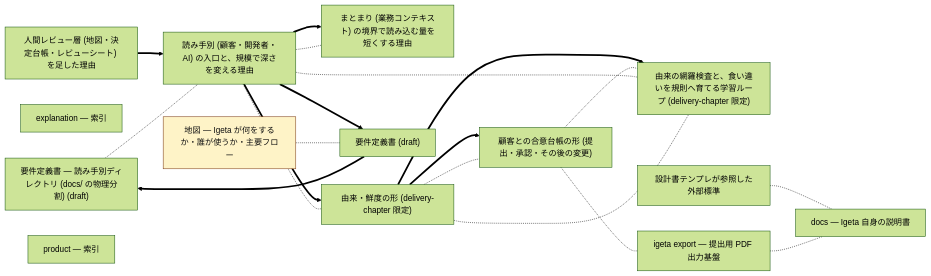
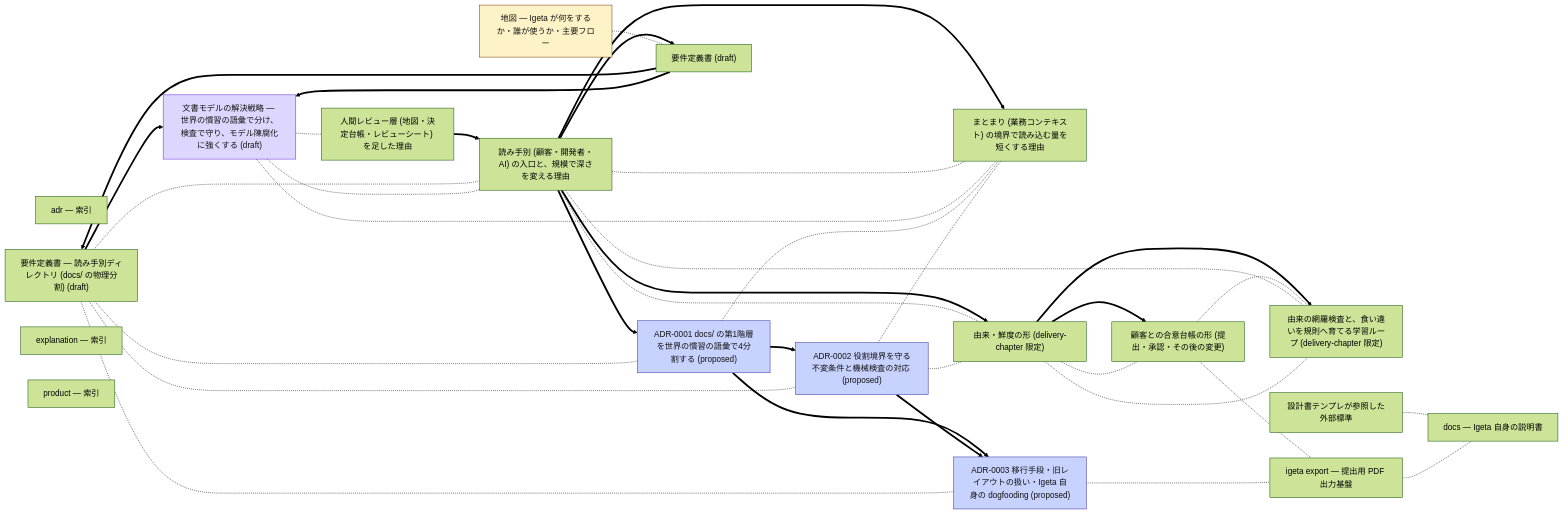
The diagram in docs/dependencies.md (SakakitaniJunya/Igeta), drawn with Mermaid (forest theme) before and after one commit. The commit also changed other lines of this file and 9 other files, not shown here.

````diff
--- a/docs/dependencies.md
+++ b/docs/dependencies.md
@@ -22,6 +22,8 @@
   classDef design fill:#ddd6fe,stroke:#6d28d9,color:#111
   classDef map fill:#fef3c7,stroke:#78350f,color:#111
   classDef decision_log fill:#fee2e2,stroke:#7f1d1d,color:#111
+  adr-index["adr — 索引"]
+  class adr-index index
   agreement-ledger["顧客との合意台帳の形 (提出・承認・その後の変更)"]
   class agreement-ledger explanation
   audience-directories["要件定義書 — 読み手別ディレクトリ (docs/ の物理分割) (draft)"]
@@ -36,6 +38,12 @@
   class design-doc-standards explanation
   docs-index["docs — Igeta 自身の説明書"]
   class docs-index index
+  docs-model-migration-and-dogfooding["ADR-0003 移行手段・旧レイアウトの扱い・Igeta 自身の dogfooding (proposed)"]
+  class docs-model-migration-and-dogfooding adr
+  docs-model-strategy["文書モデルの解決戦略 — 世界の慣習の語彙で分け、検査で守り、モデル陳腐化に強くする (draft)"]
+  class docs-model-strategy design
+  document-role-directories["ADR-0001 docs/ の第1階層を世界の慣習の語彙で4分割する (proposed)"]
+  class document-role-directories adr
   explanation-index["explanation — 索引"]
   class explanation-index index
   export-deliverable["igeta export — 提出用 PDF 出力基盤"]
@@ -50,13 +58,21 @@
   class provenance-and-agreement explanation
   requirements["要件定義書 (draft)"]
   class requirements product
+  role-boundary-invariants["ADR-0002 役割境界を守る不変条件と機械検査の対応 (proposed)"]
+  class role-boundary-invariants adr
   provenance-and-agreement ==> agreement-ledger
   requirements ==> audience-directories
   human-review-layer ==> audience-layers
   audience-layers ==> context-boundaries
   provenance-and-agreement ==> coverage-and-learning
+  document-role-directories ==> docs-model-migration-and-dogfooding
+  role-boundary-invariants ==> docs-model-migration-and-dogfooding
+  requirements ==> docs-model-strategy
+  audience-directories ==> docs-model-strategy
+  audience-layers ==> document-role-directories
   audience-layers ==> provenance-and-agreement
   audience-layers ==> requirements
+  document-role-directories ==> role-boundary-invariants
   agreement-ledger -.- coverage-and-learning
   agreement-ledger -.- export-deliverable
   audience-directories -.- audience-layers
@@ -64,8 +80,18 @@
   audience-layers -.- coverage-and-learning
   audience-layers -.- context-boundaries
   design-doc-standards -.- docs-index
+  docs-model-migration-and-dogfooding -.- audience-directories
+  docs-model-migration-and-dogfooding -.- export-deliverable
+  docs-model-strategy -.- audience-layers
+  docs-model-strategy -.- context-boundaries
+  docs-model-strategy -.- human-review-layer
+  document-role-directories -.- audience-directories
+  document-role-directories -.- context-boundaries
   export-deliverable -.- docs-index
   map -.- requirements
   provenance-and-agreement -.- coverage-and-learning
   provenance-and-agreement -.- agreement-ledger
+  role-boundary-invariants -.- audience-directories
+  role-boundary-invariants -.- context-boundaries
+  role-boundary-invariants -.- provenance-and-agreement
 ```
````
